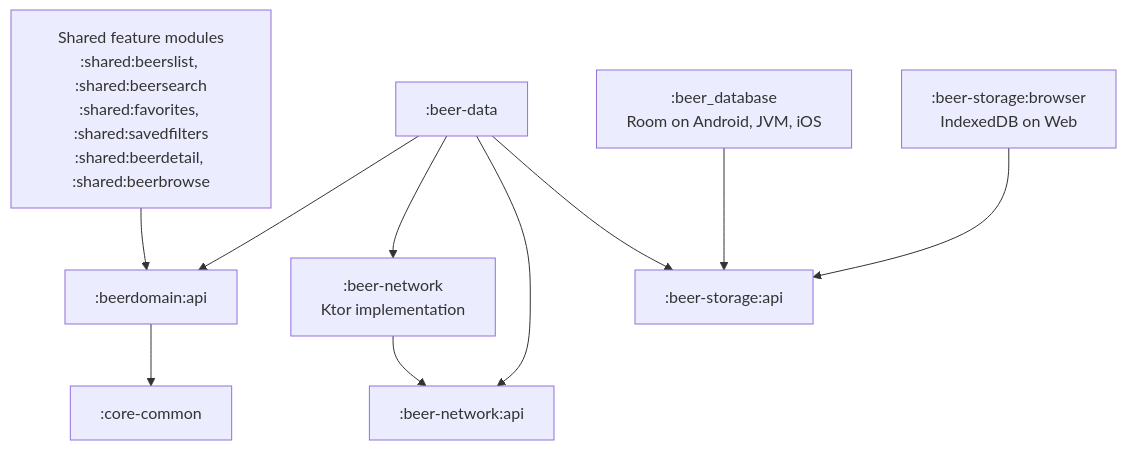
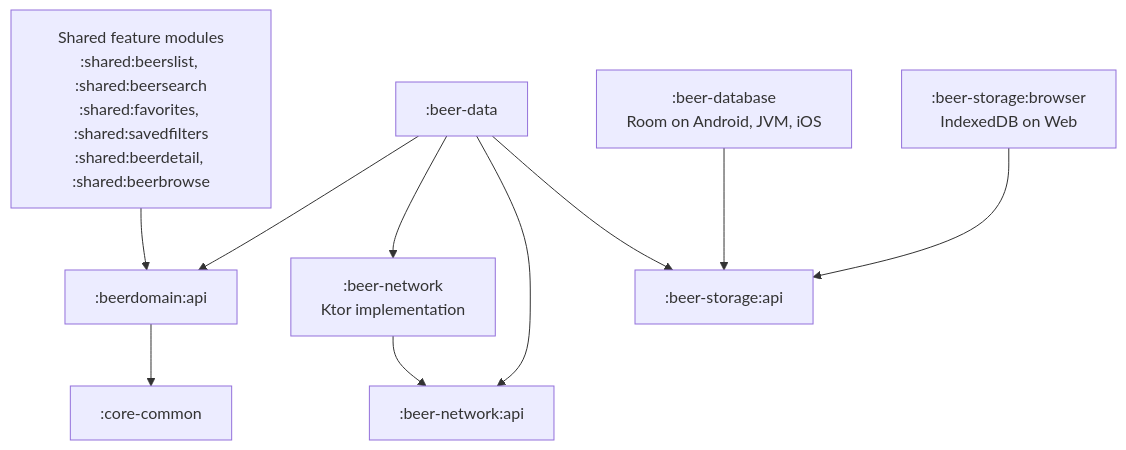
One commit to simtop/BillionBeers changed the second of 2 diagrams in README.md. Above: the diagram before and after it, drawn with Mermaid. The commit also changed 91 other files, not shown here.

````diff
--- a/README.md
+++ b/README.md
@@ -165,22 +165,22 @@
 ```mermaid
 flowchart TB
     Screens["Shared feature modules<br/>:shared:beerslist, :shared:beersearch<br/>:shared:favorites, :shared:savedfilters<br/>:shared:beerdetail, :shared:beerbrowse"]
     Domain[":beerdomain:api"]
     Common[":core-common"]
     Data[":beer-data"]
     Network[":beer-network<br/>Ktor implementation"]
     NetworkAPI[":beer-network:api"]
     Storage[":beer-storage:api"]
-    Room[":beer_database<br/>Room on Android, JVM, iOS"]
+    Room[":beer-database<br/>Room on Android, JVM, iOS"]
     Browser[":beer-storage:browser<br/>IndexedDB on Web"]
 
     Screens --> Domain
     Data --> Domain
     Domain --> Common
     Data --> Network
     Data --> NetworkAPI
     Network --> NetworkAPI
     Data --> Storage
     Room --> Storage
     Browser --> Storage
 ```
````
